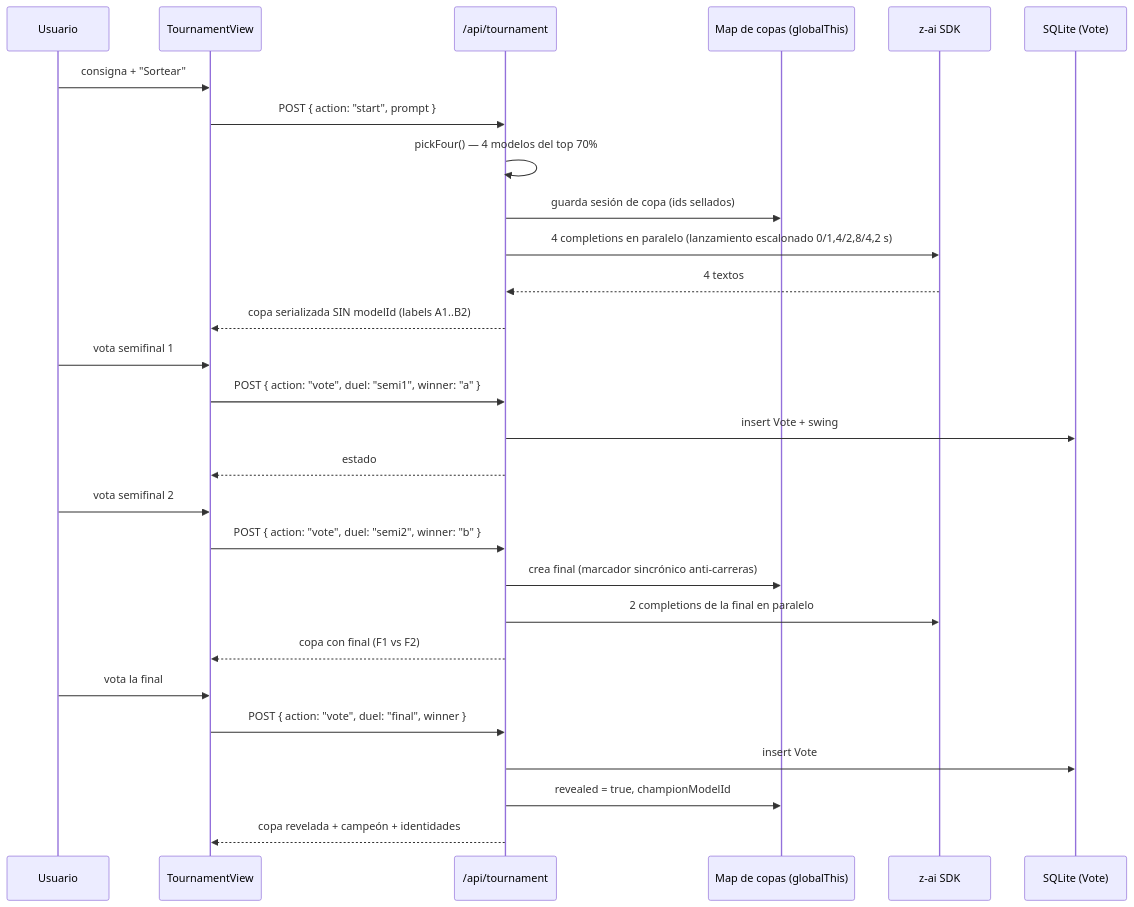
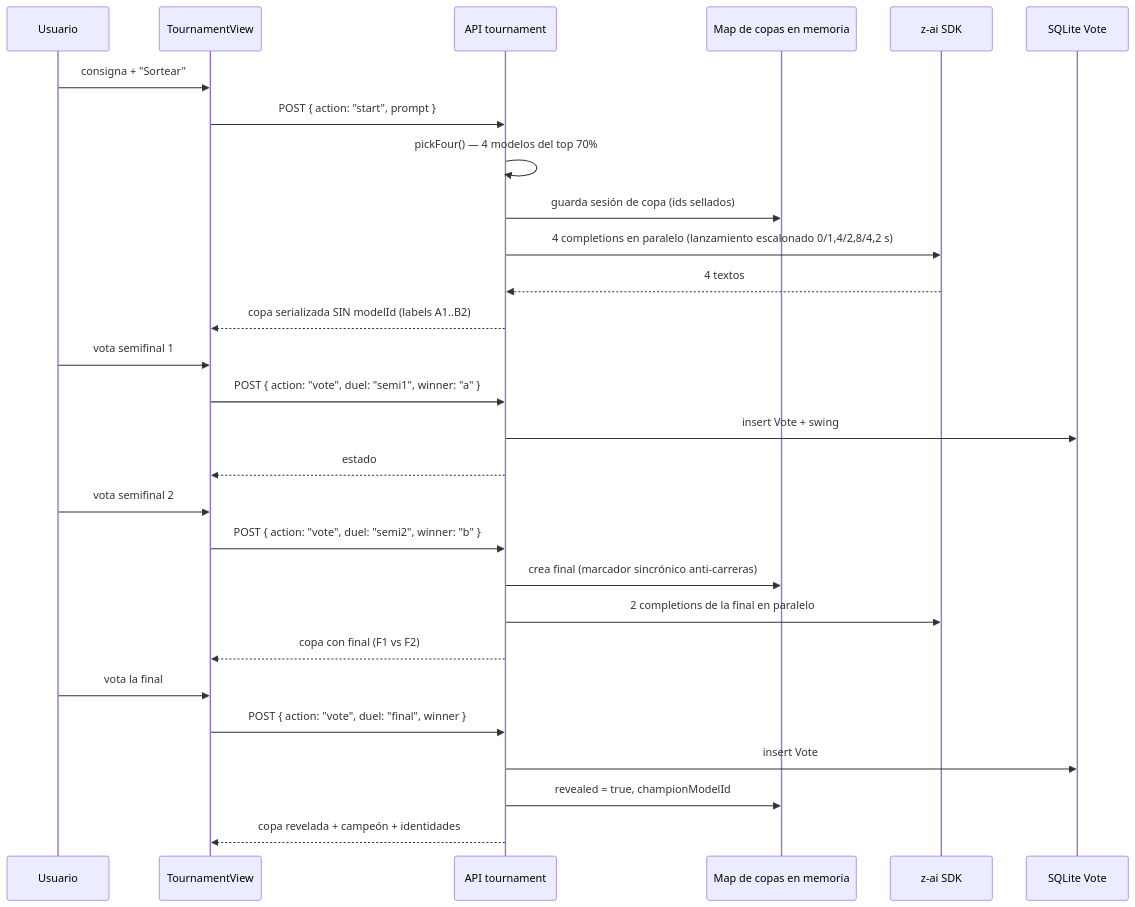
Before and after one commit to FazeUrru/TODO-LOGO-AI: the second of 2 diagrams in ARCHITECTURE.md, drawn with Mermaid. The commit also changed other lines of this file and 23 other files, not shown here.

Commit message:
feat: v1.12.0 — Postgres global para ELO, voces de proveedores reales, Salón de la Fama e historial del perfil; fix revelación prematura de copa y mermaid blindado con CI

````diff
--- a/ARCHITECTURE.md
+++ b/ARCHITECTURE.md
@@ -67,31 +67,31 @@
 ```mermaid
 sequenceDiagram
     participant U as Usuario
     participant T as TournamentView
-    participant A as /api/tournament
-    participant M as Map de copas (globalThis)
+    participant A as API tournament
+    participant M as Map de copas en memoria
     participant S as z-ai SDK
-    participant D as SQLite (Vote)
+    participant D as SQLite Vote
 
     U->>T: consigna + "Sortear"
     T->>A: POST { action: "start", prompt }
     A->>A: pickFour() — 4 modelos del top 70%
     A->>M: guarda sesión de copa (ids sellados)
     A->>S: 4 completions en paralelo (lanzamiento escalonado 0/1,4/2,8/4,2 s)
     S-->>A: 4 textos
     A-->>T: copa serializada SIN modelId (labels A1..B2)
     U->>T: vota semifinal 1
     T->>A: POST { action: "vote", duel: "semi1", winner: "a" }
     A->>D: insert Vote + swing
     A-->>T: estado
     U->>T: vota semifinal 2
     T->>A: POST { action: "vote", duel: "semi2", winner: "b" }
     A->>M: crea final (marcador sincrónico anti-carreras)
     A->>S: 2 completions de la final en paralelo
     A-->>T: copa con final (F1 vs F2)
     U->>T: vota la final
     T->>A: POST { action: "vote", duel: "final", winner }
     A->>D: insert Vote
     A->>M: revealed = true, championModelId
     A-->>T: copa revelada + campeón + identidades
 ```
````
